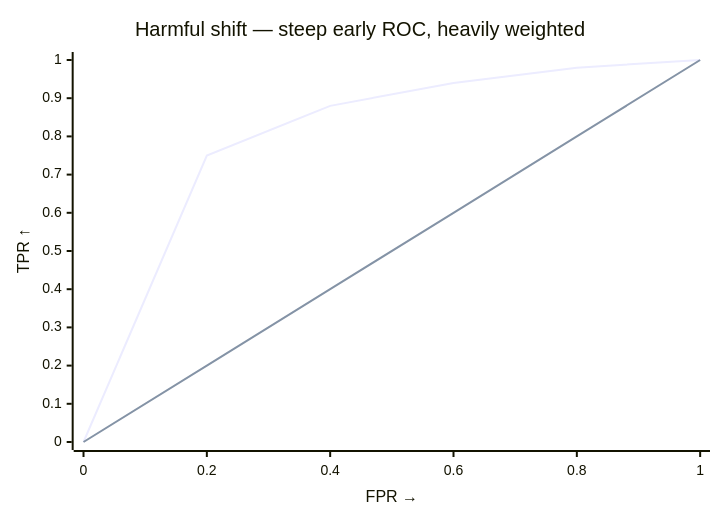
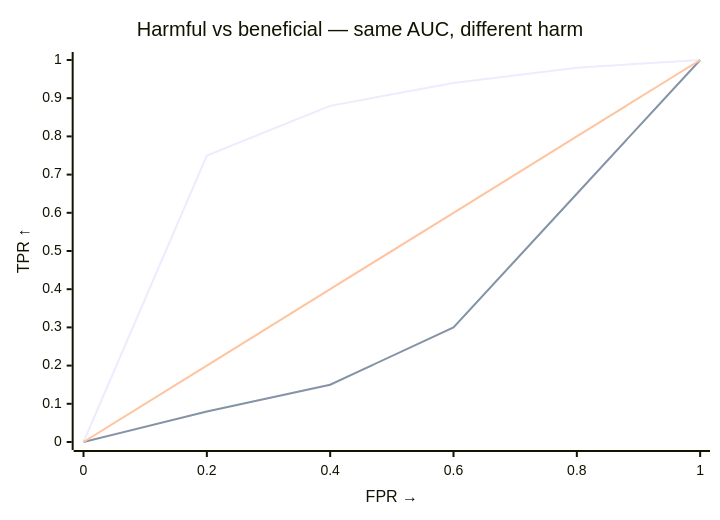
The diagram in docs/explanation/harmful-shift-statistic.md (vathymut/samesame), drawn with Mermaid before and after one commit. The commit also changed other lines of this file and 30 other files, not shown here.

````diff
--- a/docs/explanation/harmful-shift-statistic.md
+++ b/docs/explanation/harmful-shift-statistic.md
@@ -45,8 +41,9 @@
 ```mermaid
 xychart-beta
-    title "Harmful shift — steep early ROC, heavily weighted"
+    title "Harmful vs beneficial — same AUC, different harm"
     x-axis "FPR →" [0, 0.2, 0.4, 0.6, 0.8, 1]
     y-axis "TPR ↑" 0 --> 1
-    line "ROC" [0, 0.75, 0.88, 0.94, 0.98, 1]
+    line "harmful (early rise)" [0, 0.75, 0.88, 0.94, 0.98, 1]
+    line "beneficial (late rise)" [0, 0.08, 0.15, 0.30, 0.65, 1]
     line "diagonal" [0, 0.2, 0.4, 0.6, 0.8, 1]
 ```
````
